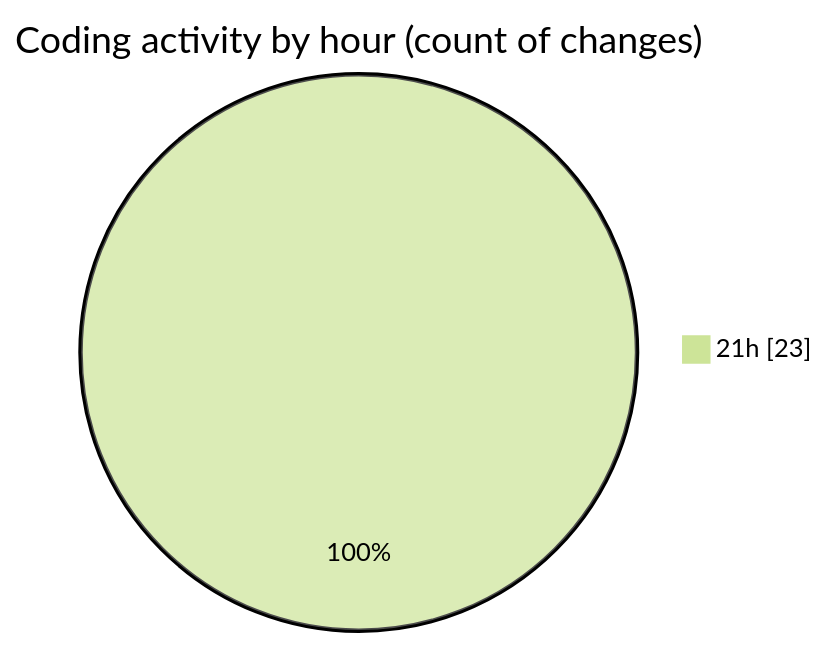
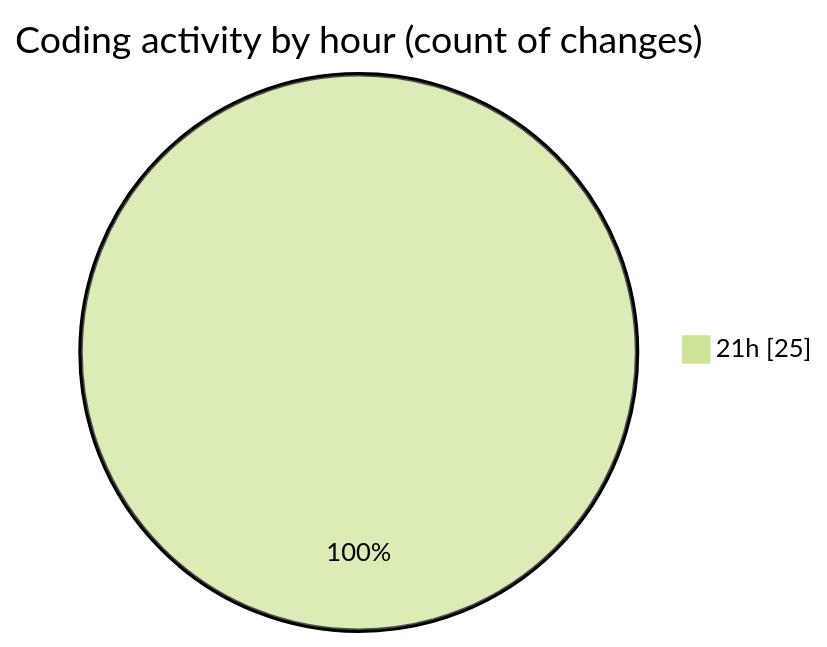
One commit to EIIisD/code-tracking changed the second of 2 diagrams in 2025-08-06/fish/README.md. Above: the diagram before and after it, drawn with Mermaid (forest theme). The commit also changed other lines of this file and 1 other file, not shown here.

````diff
--- a/2025-08-06/fish/README.md
+++ b/2025-08-06/fish/README.md
@@ -30,5 +30,5 @@
 ```mermaid
 pie showData
 title Coding activity by hour (count of changes)
-"21h" : 23
+"21h" : 25
 ```
````
